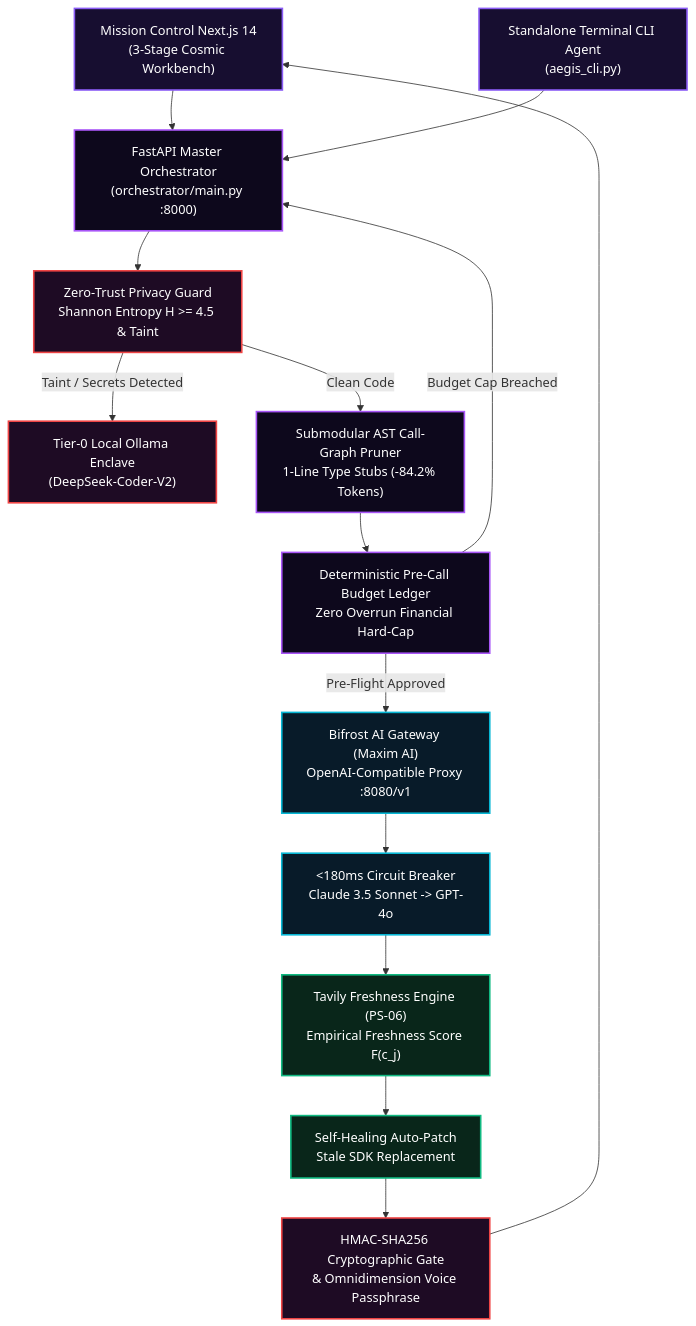
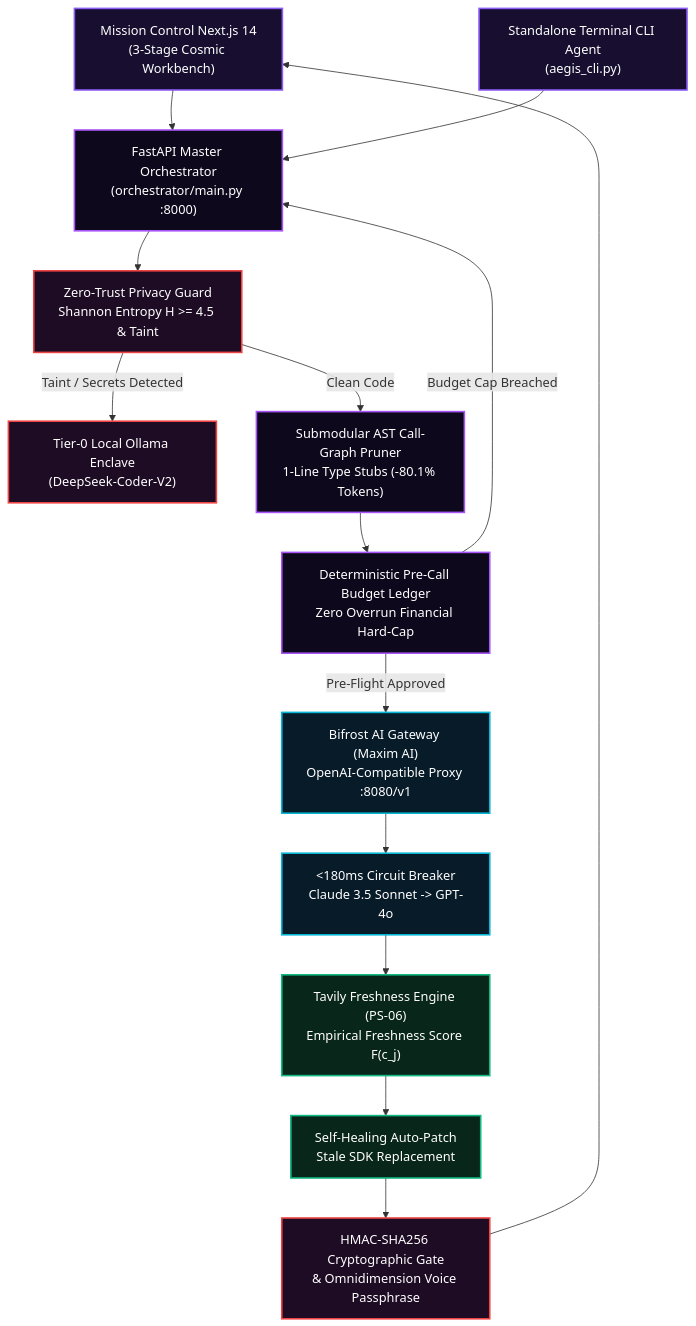
Before and after one commit to Code-with-Prabhjot/aegis-zero: the diagram in README.md, drawn with Mermaid. The commit also changed other lines of this file and 30 other files, not shown here.

````diff
--- a/README.md
+++ b/README.md
@@ -44,45 +44,45 @@
 ```mermaid
 flowchart TD
     classDef client fill:#170e30,stroke:#8b5cf6,stroke-width:2px,color:#fff;
     classDef engine fill:#0d081c,stroke:#a855f7,stroke-width:2px,color:#fff;
     classDef security fill:#1e0b24,stroke:#ef4444,stroke-width:2px,color:#fff;
     classDef gateway fill:#081b29,stroke:#06b6d4,stroke-width:2px,color:#fff;
     classDef verification fill:#09261a,stroke:#10b981,stroke-width:2px,color:#fff;
 
     UI["Mission Control Next.js 14<br/>(3-Stage Cosmic Workbench)"]:::client
     CLI["Standalone Terminal CLI Agent<br/>(aegis_cli.py)"]:::client
 
     API["FastAPI Master Orchestrator<br/>(orchestrator/main.py :8000)"]:::engine
 
     Guard["Zero-Trust Privacy Guard<br/>Shannon Entropy H >= 4.5 & Taint"]:::security
     LocalEnclave["Tier-0 Local Ollama Enclave<br/>(DeepSeek-Coder-V2)"]:::security
 
-    Pruner["Submodular AST Call-Graph Pruner<br/>1-Line Type Stubs (-84.2% Tokens)"]:::engine
+    Pruner["Submodular AST Call-Graph Pruner<br/>1-Line Type Stubs (-80.1% Tokens)"]:::engine
     Ledger["Deterministic Pre-Call Budget Ledger<br/>Zero Overrun Financial Hard-Cap"]:::engine
 
     Bifrost["Bifrost AI Gateway (Maxim AI)<br/>OpenAI-Compatible Proxy :8080/v1"]:::gateway
     Failover["<180ms Circuit Breaker<br/>Claude 3.5 Sonnet -> GPT-4o"]:::gateway
 
     Tavily["Tavily Freshness Engine (PS-06)<br/>Empirical Freshness Score F(c_j)"]:::verification
     AutoPatch["Self-Healing Auto-Patch<br/>Stale SDK Replacement"]:::verification
 
     ActionGate["HMAC-SHA256 Cryptographic Gate<br/>& Omnidimension Voice Passphrase"]:::security
 
     UI --> API
     CLI --> API
 
     API --> Guard
     Guard -- "Taint / Secrets Detected" --> LocalEnclave
     Guard -- "Clean Code" --> Pruner
 
     Pruner --> Ledger
     Ledger -- "Budget Cap Breached" --> API
     Ledger -- "Pre-Flight Approved" --> Bifrost
 
     Bifrost --> Failover
     Failover --> Tavily
 
     Tavily --> AutoPatch
     AutoPatch --> ActionGate
     ActionGate --> UI
 ```
````
